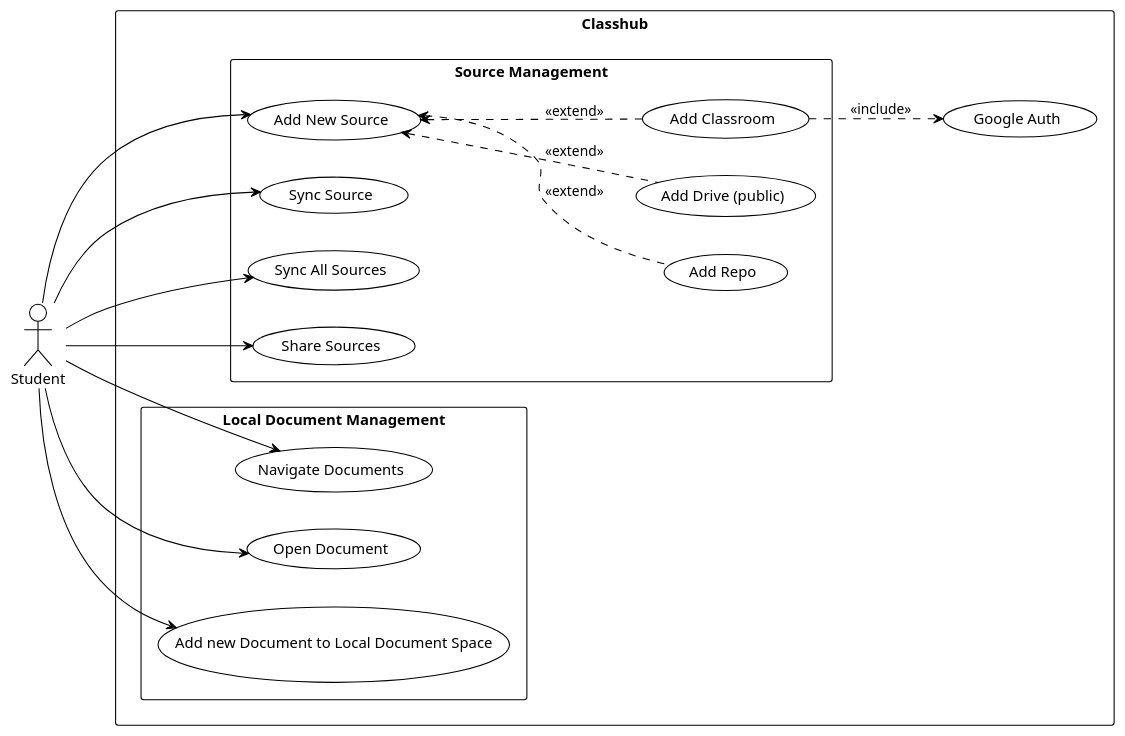
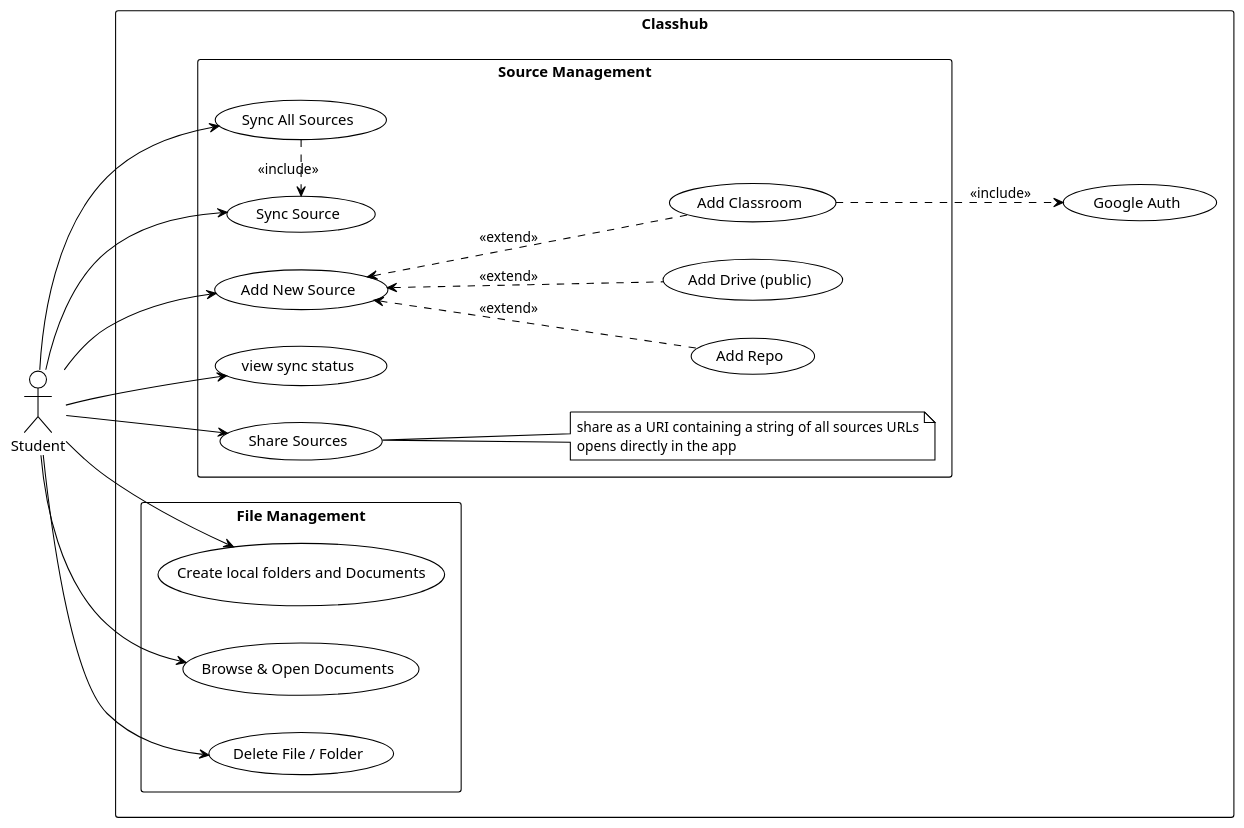
One commit to ClassHubTeam/classhub changed the diagram in docs/diagrams/usecase.puml. Above: the diagram before and after it, drawn with PlantUML.

Commit message:
docs(usecase diagram): update use case diagram

```diff
--- a/docs/diagrams/usecase.puml
+++ b/docs/diagrams/usecase.puml
@@ -1,41 +1,46 @@
 @startuml
 !theme plain
 left to right direction
 
 actor Student as s
 
 rectangle "Classhub" {
     rectangle "Source Management" {
         usecase "Add New Source" as ANS
         usecase "Add Repo" as AREPO
         usecase "Add Drive (public)" as ADRIVE
         usecase "Add Classroom" as ACLASSROOM
 
         usecase "Sync Source" as SS
         usecase "Sync All Sources" as SAS
+        usecase "view sync status" as VSS
 
         usecase "Share Sources" as SSS
+        note right of SSS : share as a URI containing a string of all sources URLs\nopens directly in the app
     }
 
-    rectangle "Local Document Management" {
-        usecase "Navigate Documents" as ND
-        usecase "Open Document" as OD
-        usecase "Add new Document to Local Document Space" as AD
+    rectangle "File Management" {
+        usecase "Create local folders and Documents" as CFAD
+        usecase "Browse & Open Documents" as BND
+        usecase "Delete File / Folder" as DFF
     }
 
     usecase "Google Auth" as AUTH
 }
 
 s --> ANS
 s --> SS
 s --> SAS
+s --> VSS
 s --> SSS
-s --> ND
-s --> OD
-s --> AD
+s --> BND
+s --> CFAD
+s --> DFF
+
+SAS .> SS : <<include>>
 
 AREPO      .up.> ANS  : <<extend>>
 ADRIVE     .up.> ANS  : <<extend>>
 ACLASSROOM .up.> ANS  : <<extend>>
 ACLASSROOM ..> AUTH : <<include>>
 @enduml
```
